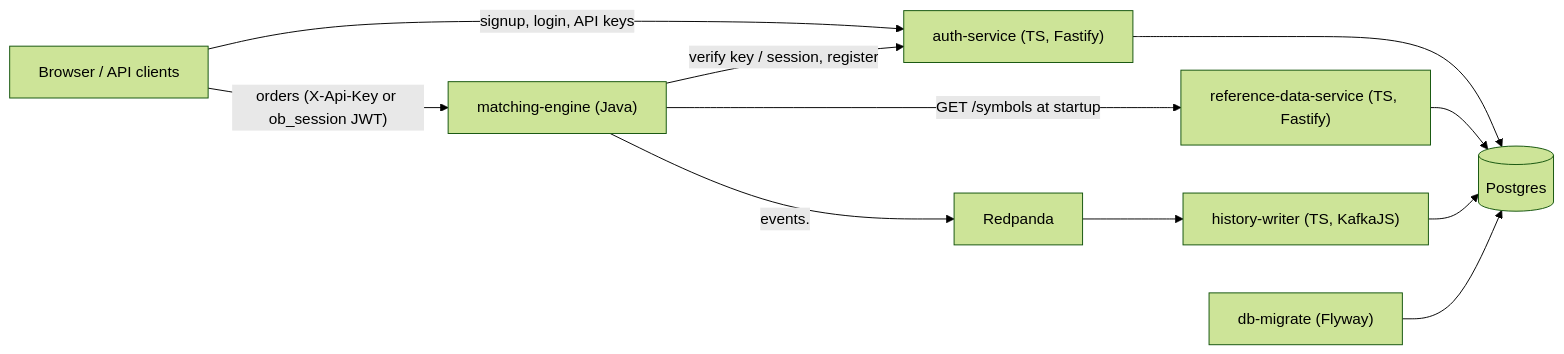
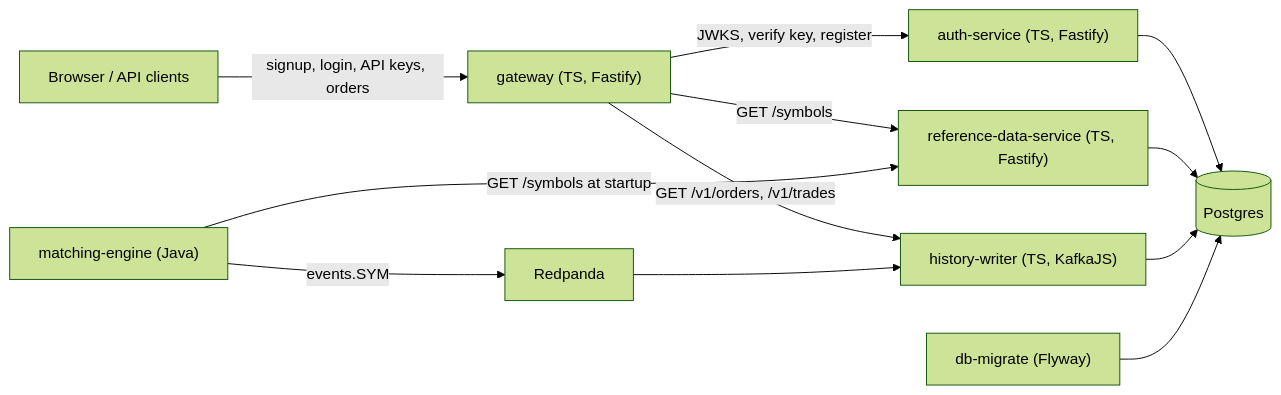
The fifth of 8 diagrams in ARCHITECTURE.md (arthuryan-k/devin-demo), drawn with Mermaid (forest theme) before and after one commit. The commit also changed other lines of this file and 5 other files, not shown here.

Commit message:
docs: architecture-focused README, local-stack section in ARCHITECTURE.md, web README, presenter guide in docs/DEMO.md

````diff
--- a/ARCHITECTURE.md
+++ b/ARCHITECTURE.md
@@ -269,13 +269,14 @@
 ```mermaid
 flowchart LR
-    browser["Browser / API clients"] -->|"signup, login, API keys"| auth["auth-service (TS, Fastify)"]
-    browser -->|"orders (X-Api-Key or ob_session JWT)"| engine["matching-engine (Java)"]
-    engine -->|"verify key / session, register"| auth
-    engine -->|"GET /symbols at startup"| refdata["reference-data-service (TS, Fastify)"]
-    engine -->|"events.<symbol>"| bus["Redpanda"]
-    bus --> writer["history-writer (TS, KafkaJS)"]
+    browser["Browser / API clients"] -->|"signup, login, API keys, orders"| gateway["gateway (TS, Fastify)"]
+    gateway -->|"JWKS, verify key, register"| auth["auth-service (TS, Fastify)"]
+    gateway -->|"GET /symbols"| refdata["reference-data-service (TS, Fastify)"]
+    gateway -->|"GET /v1/orders, /v1/trades"| writer["history-writer (TS, KafkaJS)"]
+    engine["matching-engine (Java)"] -->|"GET /symbols at startup"| refdata
+    engine -->|"events.SYM"| bus["Redpanda"]
+    bus --> writer
     auth --> pg[("Postgres")]
     refdata --> pg
     writer --> pg
     migrate["db-migrate (Flyway)"] --> pg
 ```
````
